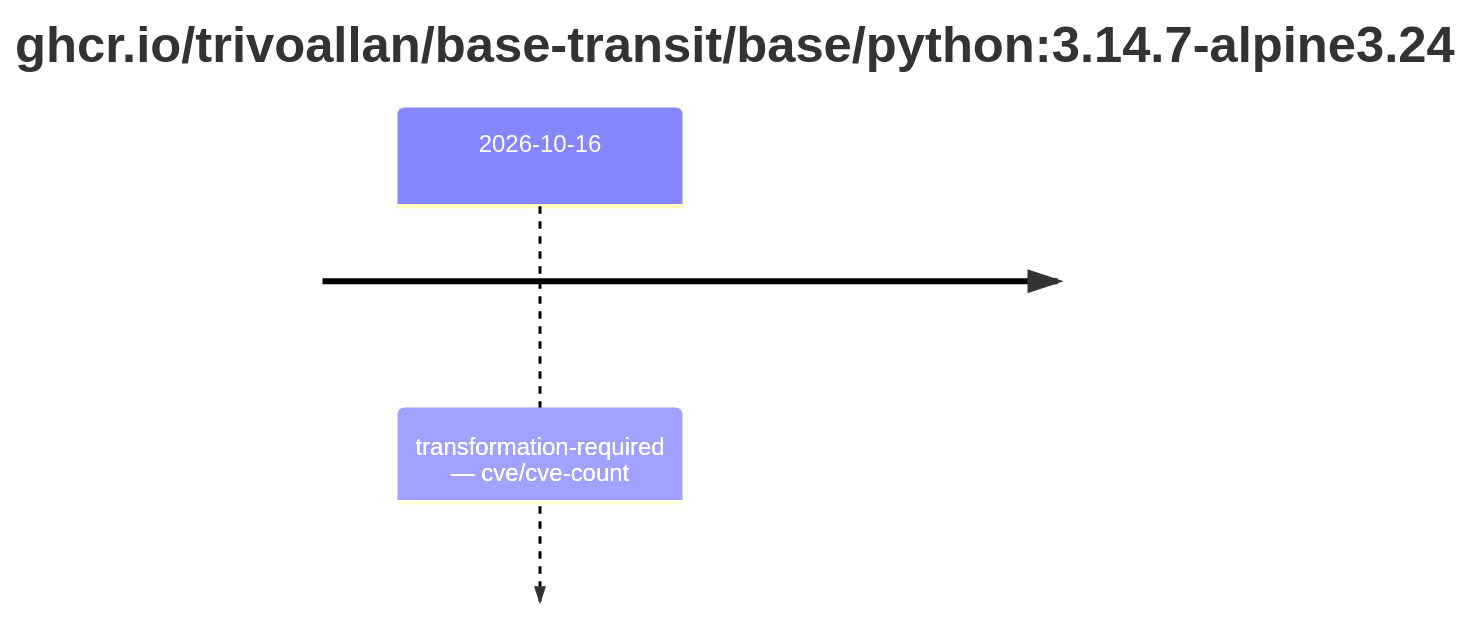
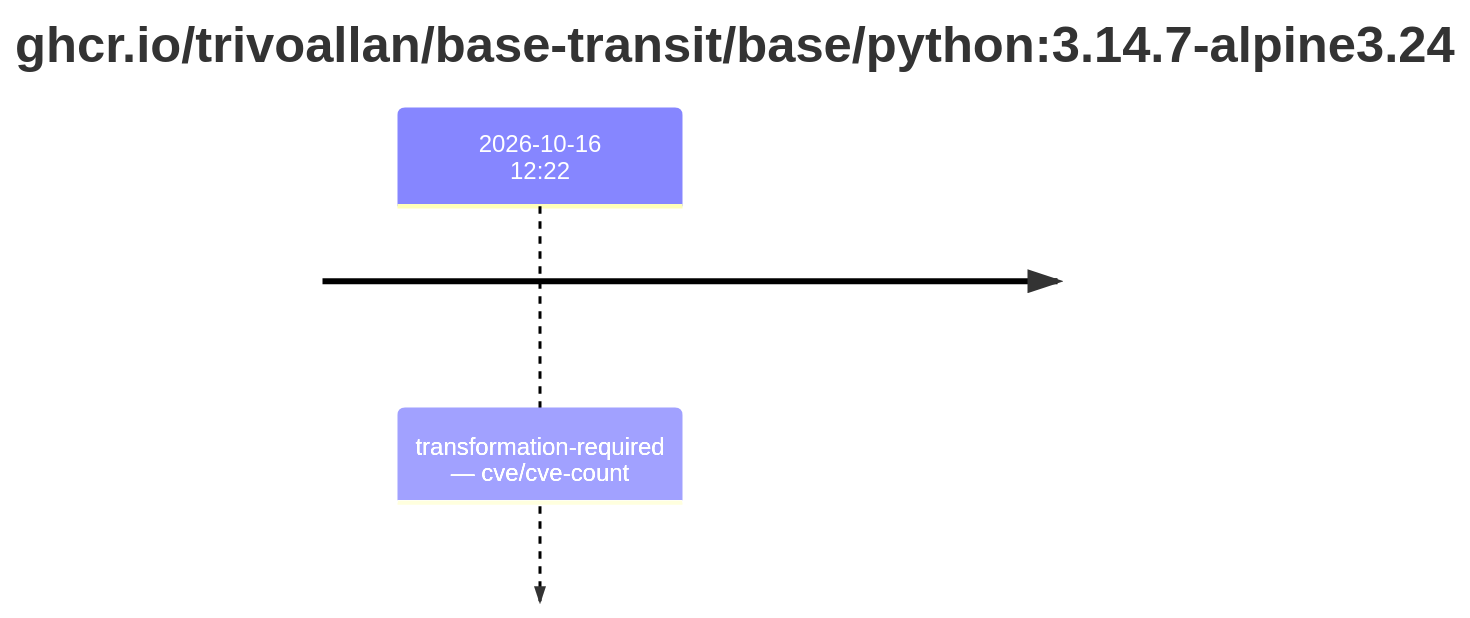
Before and after one commit to trivoallan/base-images: the third of 3 diagrams in results/reports/base-python-3/sha256:0369d89939dd95aa7dc13906d4dc13e389c200b2ebbe28e064a40850306defb9.md, drawn with Mermaid. The commit also changed other lines of this file and 12 other files, not shown here.

````diff
--- a/results/reports/base-python-3/sha256:0369d89939dd95aa7dc13906d4dc13e389c200b2ebbe28e064a40850306defb9.md
+++ b/results/reports/base-python-3/sha256:0369d89939dd95aa7dc13906d4dc13e389c200b2ebbe28e064a40850306defb9.md
@@ -37,5 +41,5 @@
 ```mermaid
 timeline
     title ghcr.io/trivoallan/base-transit/base/python#58;3.14.7-alpine3.24
-    2026-10-16 : transformation-required — cve/cve-count
+    2026-10-16 12#58;22 : transformation-required — cve/cve-count
 ```
````
